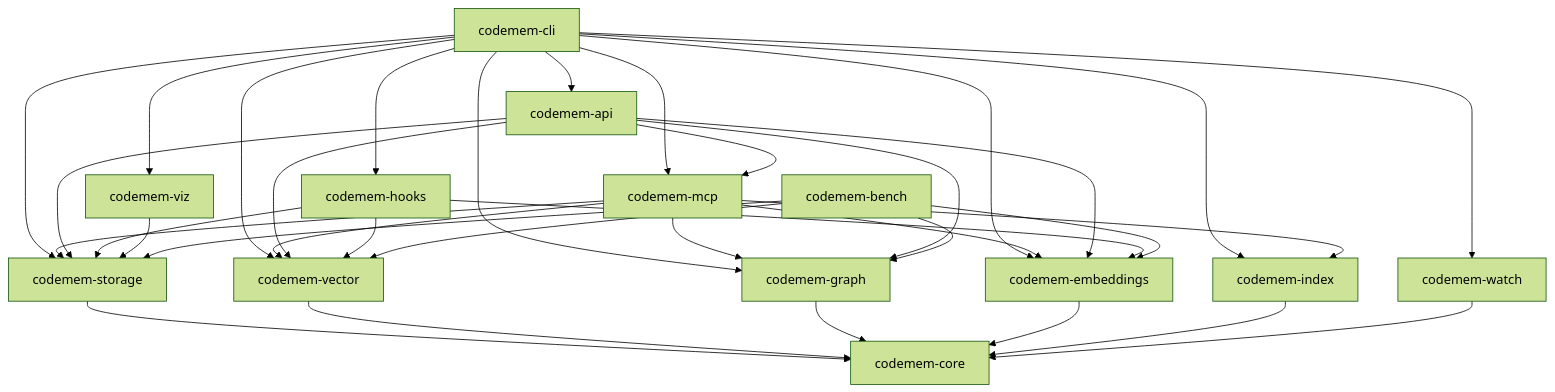
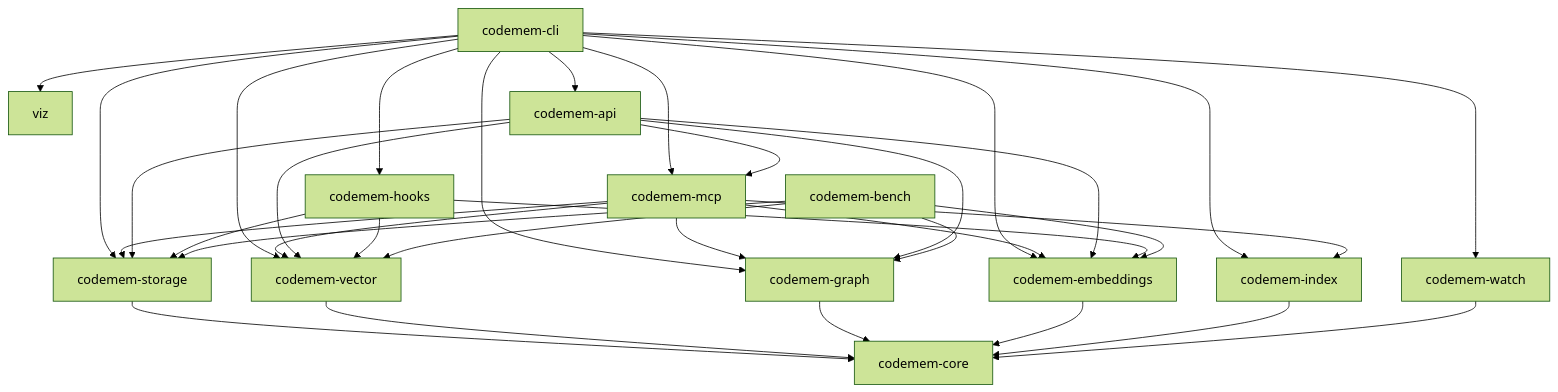
Before and after one commit to cogniplex/codemem: the second of 10 diagrams in docs/architecture.md, drawn with Mermaid (forest theme). The commit also changed other lines of this file and 11 other files, not shown here.

First line of the commit message:
chore: remove codemem-viz crate (superseded by codemem-api + React UI)

````diff
--- a/docs/architecture.md
+++ b/docs/architecture.md
@@ -87,22 +86,21 @@
 ```mermaid
 flowchart TD
     cli[codemem-cli]
 
     cli --> mcp & hooks & viz & watch & index & api
     cli --> storage & vector & graphCrate & embeddings
 
     mcp[codemem-mcp] --> storage & vector & graphCrate & embeddings & index
     api[codemem-api] --> mcp & storage & vector & graphCrate & embeddings
     hooks[codemem-hooks] --> storage & vector & embeddings
-    viz[codemem-viz] --> storage
     bench[codemem-bench] --> storage & vector & graphCrate & embeddings
 
     storage[codemem-storage] --> core
     vector[codemem-vector] --> core
     graphCrate[codemem-graph] --> core
     embeddings[codemem-embeddings] --> core
     index[codemem-index] --> core
     watch[codemem-watch] --> core
 
     core[codemem-core]
 ```
````
